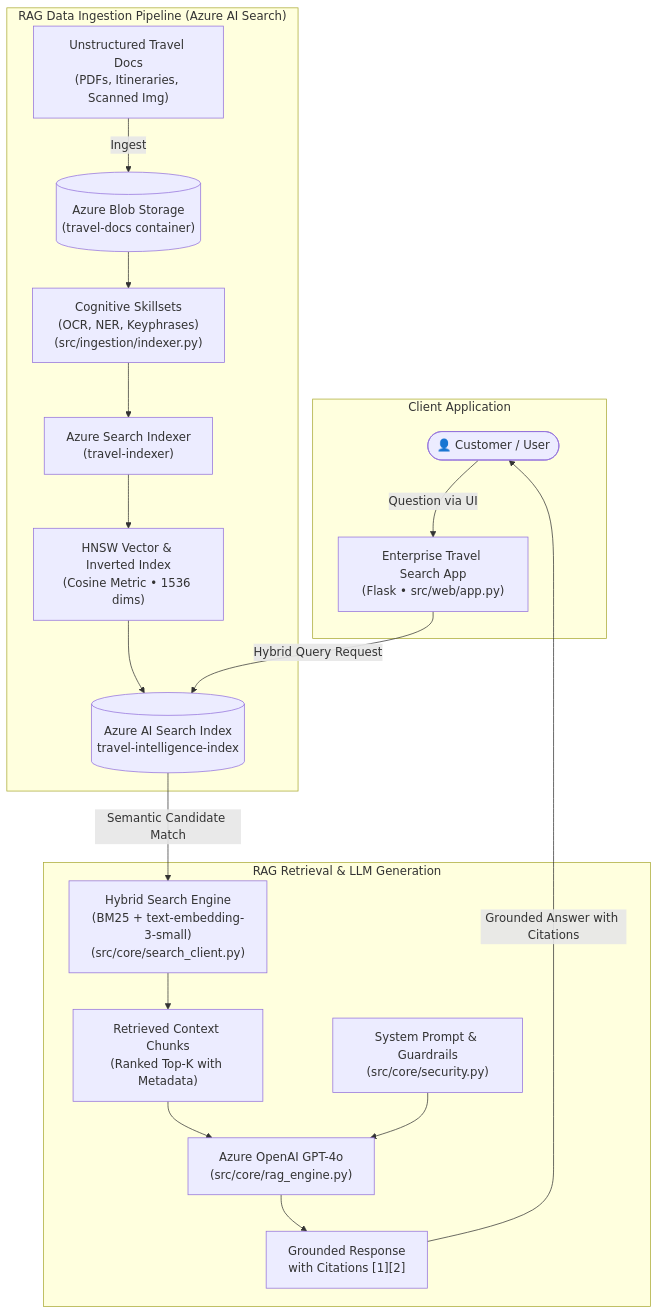
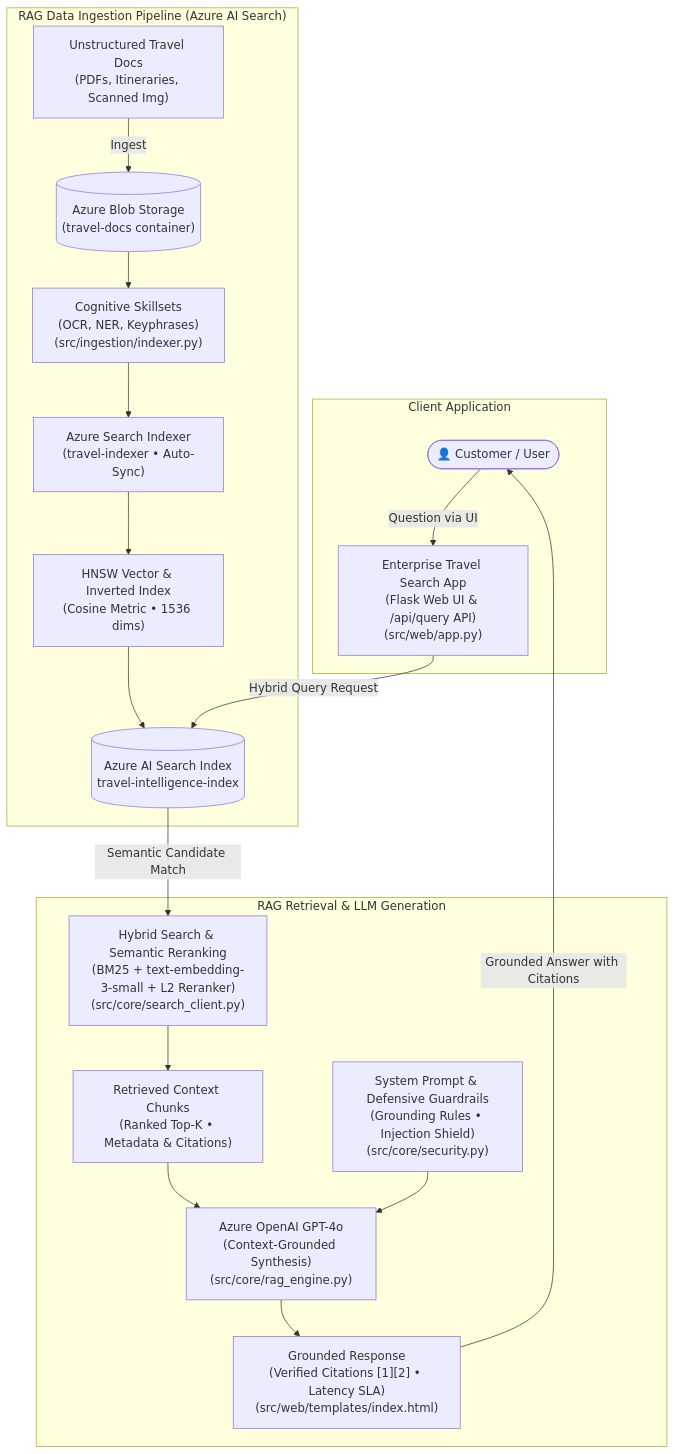
The diagram in README.md (valluri-anand/enterprise-travel-rag-assistant), drawn with Mermaid before and after one commit.

Commit message:
docs(diagram): add semantic reranker, api endpoints, and guardrails to architecture flowchart

````diff
--- a/README.md
+++ b/README.md
@@ -24,44 +24,44 @@
 ```mermaid
 flowchart TD
     %% Top: Client Application
     subgraph ClientSection["Client Application"]
         Customer(["👤 Customer / User"])
-        WebApp["Enterprise Travel Search App\n(Flask • src/web/app.py)"]
+        WebApp["Enterprise Travel Search App\n(Flask Web UI & /api/query API)\n(src/web/app.py)"]
     end
 
     %% Middle: RAG Data Ingestion Pipeline
     subgraph IngestionPipeline["RAG Data Ingestion Pipeline (Azure AI Search)"]
         RawDocs["Unstructured Travel Docs\n(PDFs, Itineraries, Scanned Img)"]
         BlobStore[("Azure Blob Storage\n(travel-docs container)")]
         Skillset["Cognitive Skillsets\n(OCR, NER, Keyphrases)\n(src/ingestion/indexer.py)"]
-        Indexer["Azure Search Indexer\n(travel-indexer)"]
+        Indexer["Azure Search Indexer\n(travel-indexer • Auto-Sync)"]
         IndexingEngine["HNSW Vector & Inverted Index\n(Cosine Metric • 1536 dims)"]
         CompanyData[("Azure AI Search Index\ntravel-intelligence-index")]
 
         RawDocs -->|"Ingest"| BlobStore
         BlobStore --> Skillset
         Skillset --> Indexer
         Indexer --> IndexingEngine
         IndexingEngine --> CompanyData
     end
 
     %% Bottom: Retrieval & LLM Generation Loop
     subgraph RetrievalGeneration["RAG Retrieval & LLM Generation"]
-        Retrieval["Hybrid Search Engine\n(BM25 + text-embedding-3-small)\n(src/core/search_client.py)"]
-        Context["Retrieved Context Chunks\n(Ranked Top-K with Metadata)"]
-        Prompt["System Prompt & Guardrails\n(src/core/security.py)"]
-        LLM["Azure OpenAI GPT-4o\n(src/core/rag_engine.py)"]
-        Response["Grounded Response\nwith Citations [1][2]"]
+        Retrieval["Hybrid Search & Semantic Reranking\n(BM25 + text-embedding-3-small + L2 Reranker)\n(src/core/search_client.py)"]
+        Context["Retrieved Context Chunks\n(Ranked Top-K • Metadata & Citations)"]
+        Prompt["System Prompt & Defensive Guardrails\n(Grounding Rules • Injection Shield)\n(src/core/security.py)"]
+        LLM["Azure OpenAI GPT-4o\n(Context-Grounded Synthesis)\n(src/core/rag_engine.py)"]
+        Response["Grounded Response\n(Verified Citations [1][2] • Latency SLA)\n(src/web/templates/index.html)"]
 
         Retrieval --> Context
         Context --> LLM
         Prompt --> LLM
         LLM --> Response
     end
 
     %% Interactive Flow Connections
     Customer -->|"Question via UI"| WebApp
     WebApp -->|"Hybrid Query Request"| CompanyData
     CompanyData -->|"Semantic Candidate Match"| Retrieval
     Response -->|"Grounded Answer with Citations"| Customer
 ```
````
